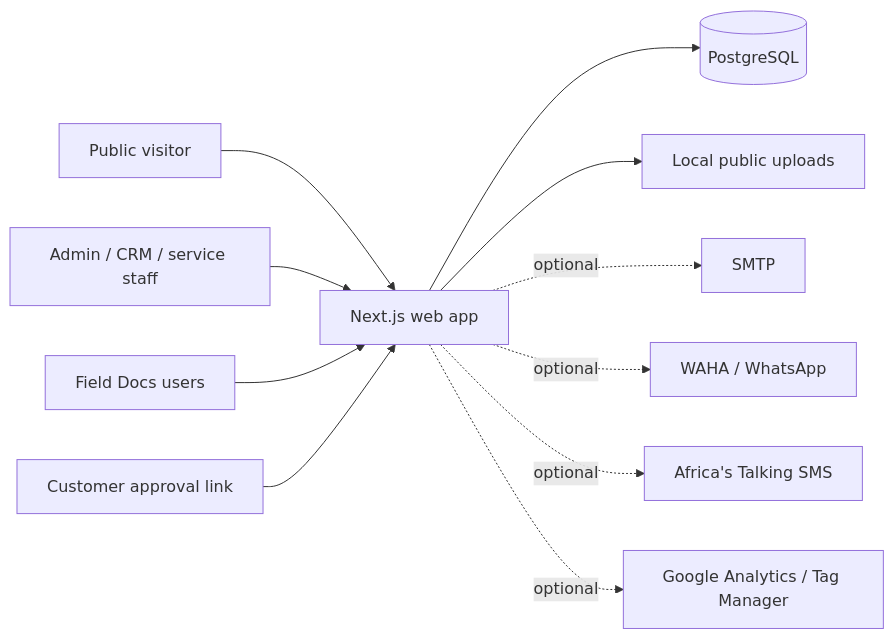
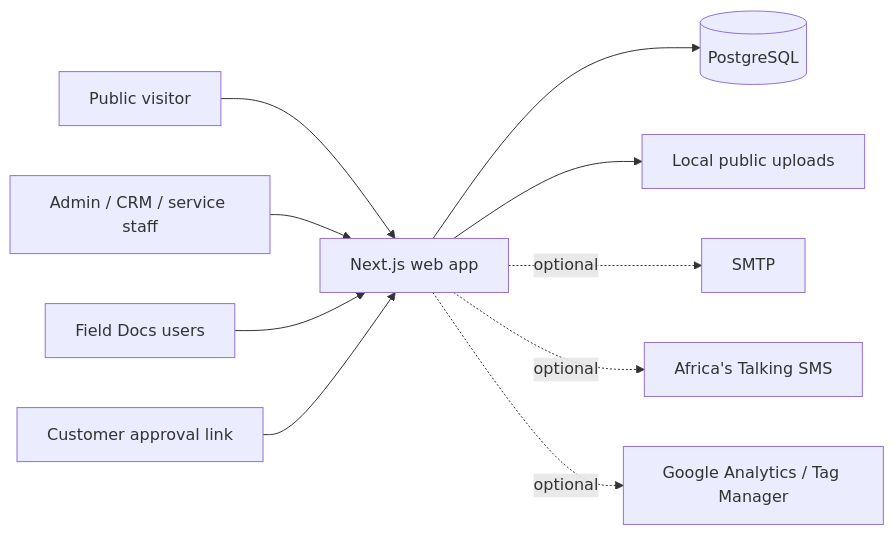
One commit to nanosoftafrica/Website changed the diagram in docs/ARCHITECTURE.md. Above: the diagram before and after it, drawn with Mermaid. The commit also changed other lines of this file and 26 other files, not shown here.

````diff
--- a/docs/ARCHITECTURE.md
+++ b/docs/ARCHITECTURE.md
@@ -8,13 +8,12 @@
 ```mermaid
 flowchart LR
   Visitor[Public visitor] --> Web[Next.js web app]
   Admin[Admin / CRM / service staff] --> Web
   Field[Field Docs users] --> Web
   Customer[Customer approval link] --> Web
   Web --> Pg[(PostgreSQL)]
   Web --> Files[Local public uploads]
   Web -. optional .-> Mail[SMTP]
-  Web -. optional .-> WAHA[WAHA / WhatsApp]
   Web -. optional .-> SMS[Africa's Talking SMS]
   Web -. optional .-> Analytics[Google Analytics / Tag Manager]
 ```
````
